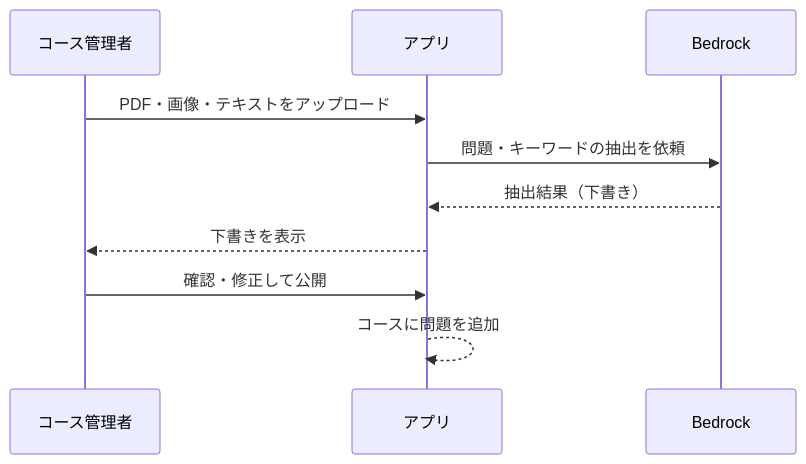
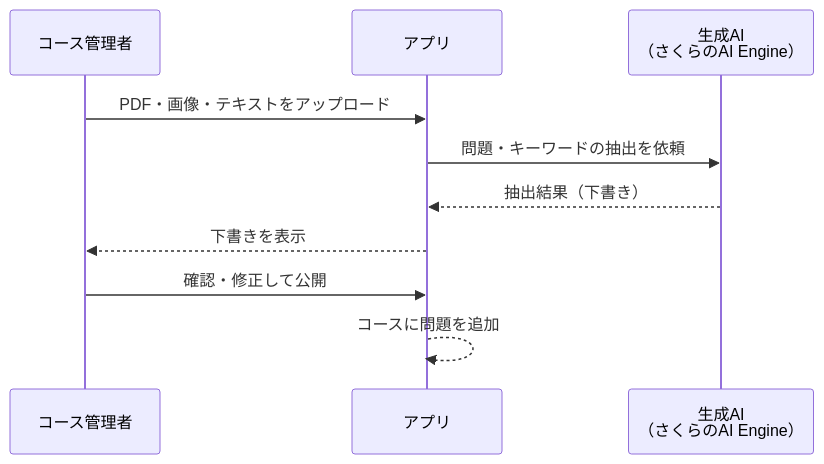
One commit to pocarialice/rpglearning changed the third of 11 diagrams in documents/要件定義書_RPG学習アプリ.md. Above: the diagram before and after it, drawn with Mermaid. The commit also changed other lines of this file and 5 other files, not shown here.

````diff
--- a/documents/要件定義書_RPG学習アプリ.md
+++ b/documents/要件定義書_RPG学習アプリ.md
@@ -148,12 +126,12 @@
 ```mermaid
 sequenceDiagram
   participant CM as コース管理者
   participant APP as アプリ
-  participant AI as Bedrock
+  participant AI as 生成AI<br>（さくらのAI Engine）
   CM->>APP: PDF・画像・テキストをアップロード
   APP->>AI: 問題・キーワードの抽出を依頼
   AI-->>APP: 抽出結果（下書き）
   APP-->>CM: 下書きを表示
   CM->>APP: 確認・修正して公開
   APP-->>APP: コースに問題を追加
 ```
````
